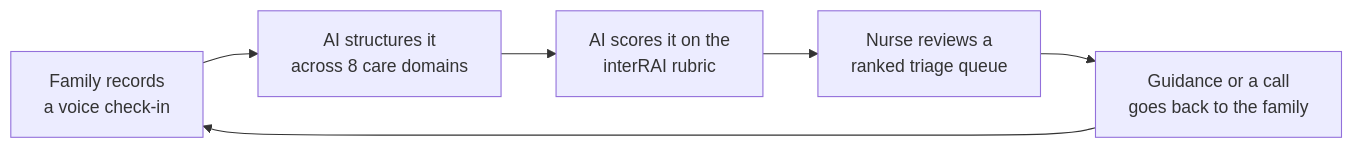
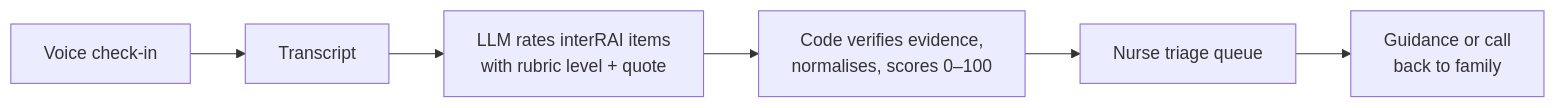
One commit to elizabeth-ling/careOS changed the diagram in README.md. Above: the diagram before and after it, drawn with Mermaid. The commit also changed other lines of this file, not shown here.

````diff
--- a/README.md
+++ b/README.md
@@ -23,8 +15,8 @@
 ```mermaid
 flowchart LR
-    A[Family records<br/>a voice check-in] --> B[AI structures it<br/>across 8 care domains]
-    B --> C[AI scores it on the<br/>interRAI rubric]
-    C --> D[Nurse reviews a<br/>ranked triage queue]
-    D --> E[Guidance or a call<br/>goes back to the family]
-    E --> A
+    A[Voice check-in] --> B[Transcript]
+    B --> C[LLM rates interRAI items<br/>with rubric level + quote]
+    C --> D[Code verifies evidence,<br/>normalises, scores 0–100]
+    D --> E[Nurse triage queue]
+    E --> F[Guidance or call<br/>back to family]
 ```
````
